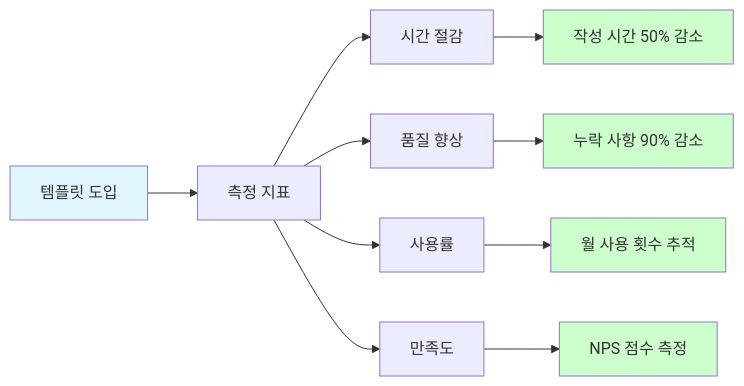
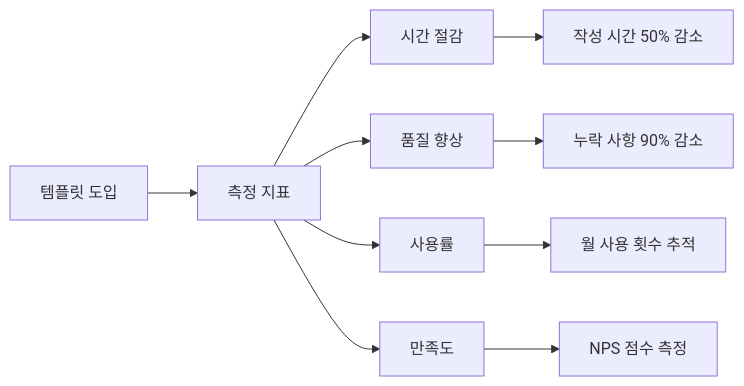
Before and after one commit to nugurejeil/weniVooks: the eighth of 9 diagrams in _md/genai-notion/chapter09/09-1.md, drawn with Mermaid. The commit also changed other lines of this file and 187 other files, not shown here.

````diff
--- a/_md/genai-notion/chapter09/09-1.md
+++ b/_md/genai-notion/chapter09/09-1.md
@@ -551,20 +531,14 @@
 ```mermaid
 graph LR
     A[템플릿 도입] --> B[측정 지표]
 
     B --> C[시간 절감]
     B --> D[품질 향상]
     B --> E[사용률]
     B --> F[만족도]
 
     C --> C1[작성 시간 50% 감소]
     D --> D1[누락 사항 90% 감소]
     E --> E1[월 사용 횟수 추적]
     F --> F1[NPS 점수 측정]
-
-    style A fill:#e1f5ff
-    style C1 fill:#ccffcc
-    style D1 fill:#ccffcc
-    style E1 fill:#ccffcc
-    style F1 fill:#ccffcc
 ```
````
